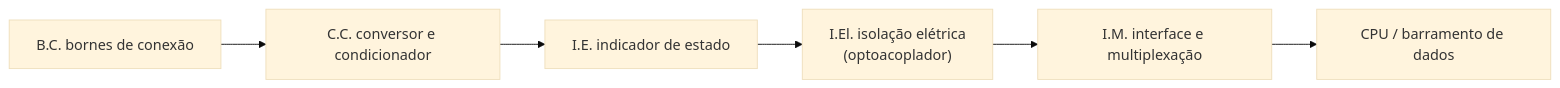
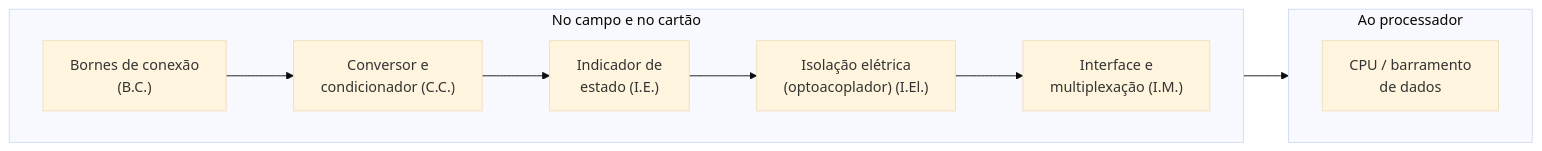
Before and after one commit to wvianna/apostila-CLP-IFF: the diagram in apostila/diagramas/07-cartao-entrada.mmd, drawn with Mermaid (base theme). The commit also changed 33 other files, not shown here.

Commit message:
Adiciona seção sobre forte tipação e conversão de tipos e atualiza diagramas

```diff
--- a/apostila/diagramas/07-cartao-entrada.mmd
+++ b/apostila/diagramas/07-cartao-entrada.mmd
@@ -1,6 +1,13 @@
 flowchart LR
-  BC["B.C. bornes de conexão"] --> CC["C.C. conversor e condicionador"]
-  CC --> IE["I.E. indicador de estado"]
-  IE --> IEL["I.El. isolação elétrica<br/>(optoacoplador)"]
-  IEL --> IM["I.M. interface e multiplexação"]
-  IM --> CPU["CPU / barramento de dados"]
+  subgraph campo["No campo e no cartão"]
+    direction LR
+    BC["Bornes de conexão<br/>(B.C.)"] --> CC["Conversor e<br/>condicionador (C.C.)"]
+    CC --> IE["Indicador de<br/>estado (I.E.)"]
+    IE --> IEL["Isolação elétrica<br/>(optoacoplador) (I.El.)"]
+    IEL --> IM["Interface e<br/>multiplexação (I.M.)"]
+  end
+  subgraph cpu["Ao processador"]
+    direction LR
+    CPU["CPU / barramento<br/>de dados"]
+  end
+  IM --> CPU
```
